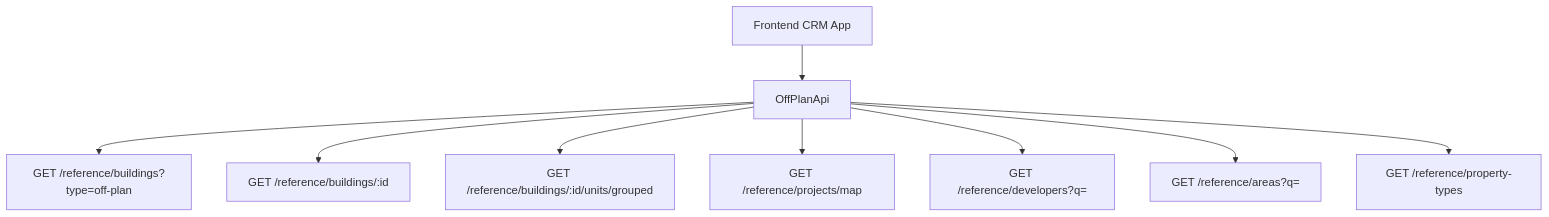
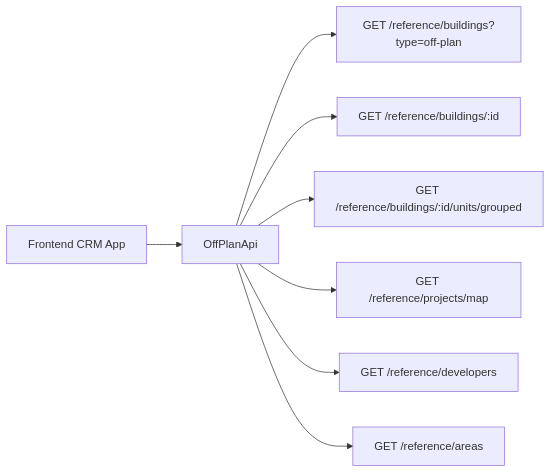
Before and after one commit to tech-propwise-org/docs: the diagram in backend/real-estate/off-plan-directory-implementation.mdx, drawn with Mermaid. The commit also changed other lines of this file and 23 other files, not shown here.

````diff
--- a/backend/real-estate/off-plan-directory-implementation.mdx
+++ b/backend/real-estate/off-plan-directory-implementation.mdx
@@ -32,11 +35,10 @@
 ```mermaid
-graph TD
+graph LR
     A[Frontend CRM App] --> B[OffPlanApi]
     B --> C[GET /reference/buildings?type=off-plan]
     B --> D[GET /reference/buildings/:id]
     B --> E[GET /reference/buildings/:id/units/grouped]
     B --> F[GET /reference/projects/map]
-    B --> G[GET /reference/developers?q=]
-    B --> H[GET /reference/areas?q=]
-    B --> I[GET /reference/property-types]
+    B --> G[GET /reference/developers]
+    B --> H[GET /reference/areas]
 ```
````
